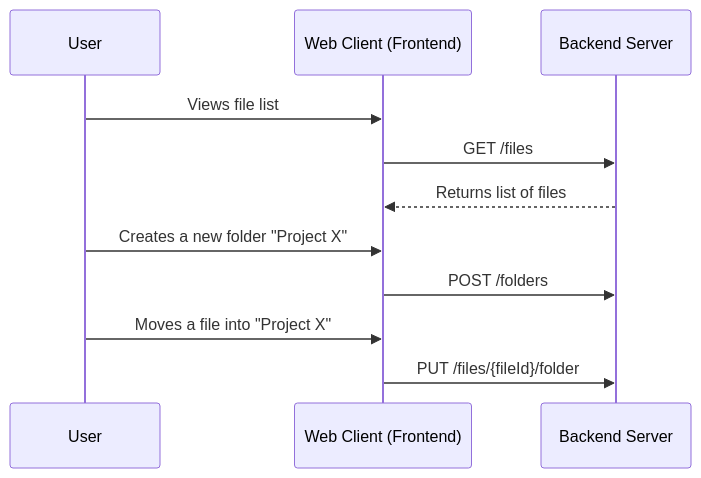
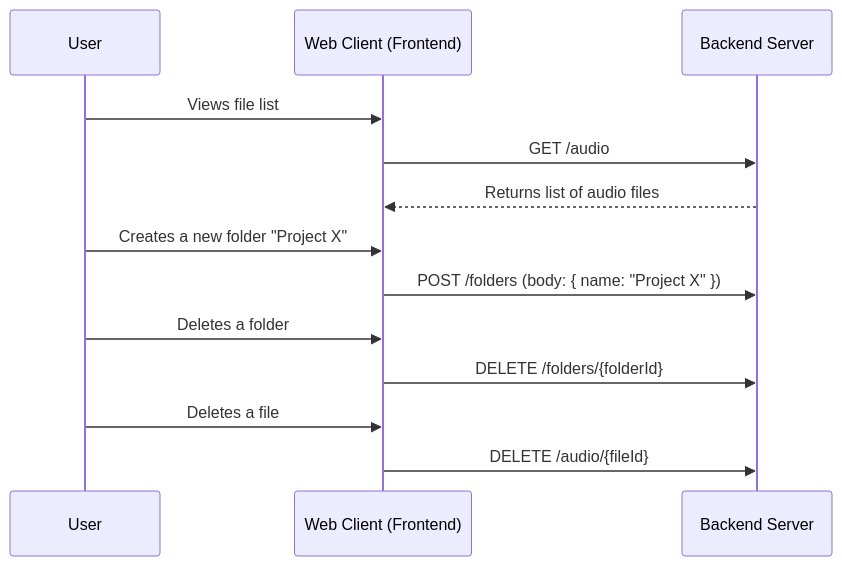
Before and after one commit to QQ5YU/EchoMind: the fourth of 10 diagrams in specs/001-mvp-audio-search/spec.md, drawn with Mermaid. The commit also changed other lines of this file and 1 other file, not shown here.

First line of the commit message:
docs(spec): Align spec and checklist with IPC architecture

````diff
--- a/specs/001-mvp-audio-search/spec.md
+++ b/specs/001-mvp-audio-search/spec.md
@@ -120,16 +121,19 @@
 ```mermaid
 sequenceDiagram
     participant User
     participant Client as Web Client (Frontend)
     participant Backend as Backend Server
     
     User->>Client: Views file list
-    Client->>Backend: GET /files
-    Backend-->>Client: Returns list of files
+    Client->>Backend: GET /audio
+    Backend-->>Client: Returns list of audio files
     
     User->>Client: Creates a new folder "Project X"
-    Client->>Backend: POST /folders
+    Client->>Backend: POST /folders (body: { name: "Project X" })
     
-    User->>Client: Moves a file into "Project X"
-    Client->>Backend: PUT /files/{fileId}/folder
+    User->>Client: Deletes a folder
+    Client->>Backend: DELETE /folders/{folderId}
+
+    User->>Client: Deletes a file
+    Client->>Backend: DELETE /audio/{fileId}
 ```
````
